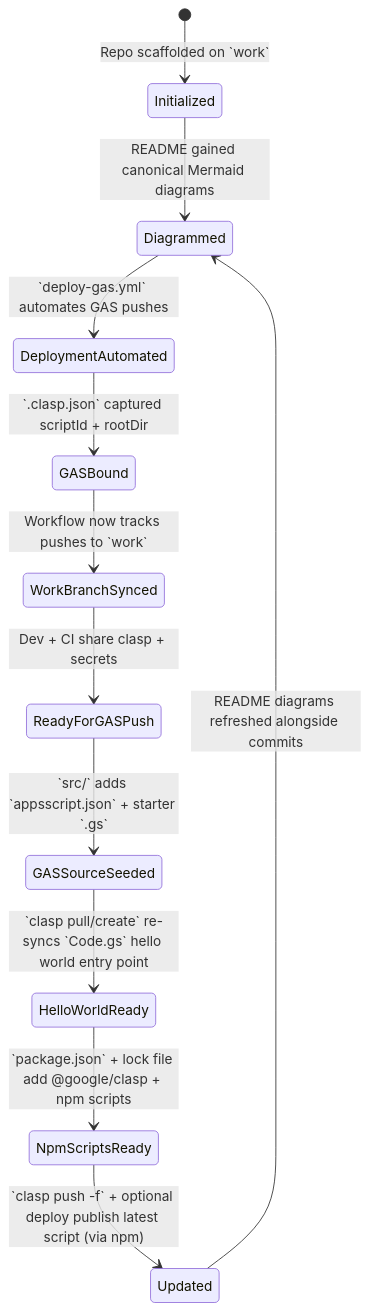
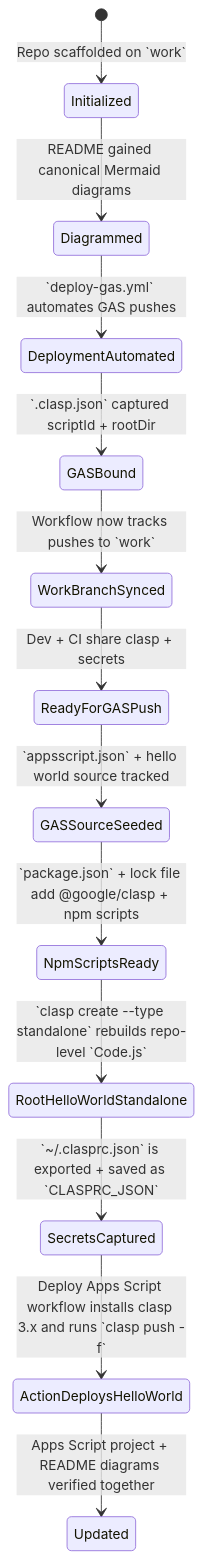
The second of 5 diagrams in README.md (muyueh/test-clasp), drawn with Mermaid before and after one commit. The commit also changed other lines of this file and 7 other files, not shown here.

Commit message:
Rebuild root-level clasp hello world

````diff
--- a/README.md
+++ b/README.md
@@ -41,14 +51,15 @@
 ```mermaid
 stateDiagram-v2
     [*] --> Initialized: Repo scaffolded on `work`
     Initialized --> Diagrammed: README gained canonical Mermaid diagrams
     Diagrammed --> DeploymentAutomated: `deploy-gas.yml` automates GAS pushes
     DeploymentAutomated --> GASBound: `.clasp.json` captured scriptId + rootDir
     GASBound --> WorkBranchSynced: Workflow now tracks pushes to `work`
     WorkBranchSynced --> ReadyForGASPush: Dev + CI share clasp + secrets
-    ReadyForGASPush --> GASSourceSeeded: `src/` adds `appsscript.json` + starter `.gs`
-    GASSourceSeeded --> HelloWorldReady: `clasp pull/create` re-syncs `Code.gs` hello world entry point
-    HelloWorldReady --> NpmScriptsReady: `package.json` + lock file add @google/clasp + npm scripts
-    NpmScriptsReady --> Updated: `clasp push -f` + optional deploy publish latest script (via npm)
-    Updated --> Diagrammed: README diagrams refreshed alongside commits
+    ReadyForGASPush --> GASSourceSeeded: `appsscript.json` + hello world source tracked
+    GASSourceSeeded --> NpmScriptsReady: `package.json` + lock file add @google/clasp + npm scripts
+    NpmScriptsReady --> RootHelloWorldStandalone: `clasp create --type standalone` rebuilds repo-level `Code.js`
+    RootHelloWorldStandalone --> SecretsCaptured: `~/.clasprc.json` is exported + saved as `CLASPRC_JSON`
+    SecretsCaptured --> ActionDeploysHelloWorld: Deploy Apps Script workflow installs clasp 3.x and runs `clasp push -f`
+    ActionDeploysHelloWorld --> Updated: Apps Script project + README diagrams verified together
 ```
````
